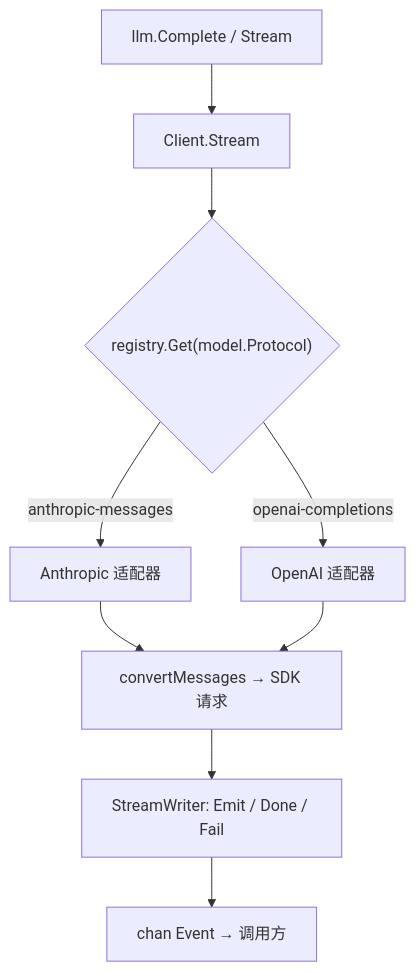
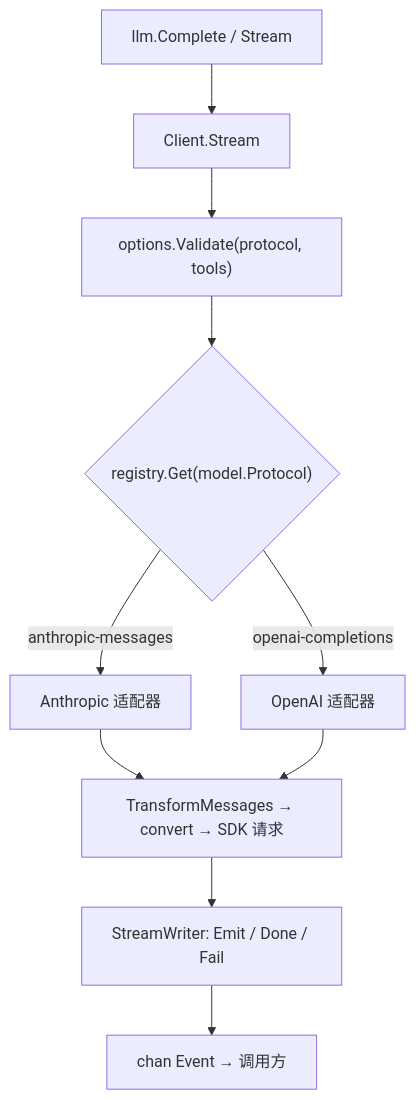
Before and after one commit to ktsoator/or: the second of 2 diagrams in docs/internals/overview.zh.md, drawn with Mermaid. The commit also changed other lines of this file and 15 other files, not shown here.

````diff
--- a/docs/internals/overview.zh.md
+++ b/docs/internals/overview.zh.md
@@ -19,11 +50,12 @@
 ```mermaid
 flowchart TD
     A["llm.Complete / Stream"] --> B["Client.Stream"]
-    B --> C{"registry.Get(model.Protocol)"}
+    B --> V["options.Validate(protocol, tools)"]
+    V --> C{"registry.Get(model.Protocol)"}
     C -->|anthropic-messages| D["Anthropic 适配器"]
     C -->|openai-completions| E["OpenAI 适配器"]
-    D --> F["convertMessages → SDK 请求"]
-    E --> F
-    F --> G["StreamWriter: Emit / Done / Fail"]
+    D --> T["TransformMessages → convert → SDK 请求"]
+    E --> T
+    T --> G["StreamWriter: Emit / Done / Fail"]
     G --> H["chan Event → 调用方"]
 ```
````
